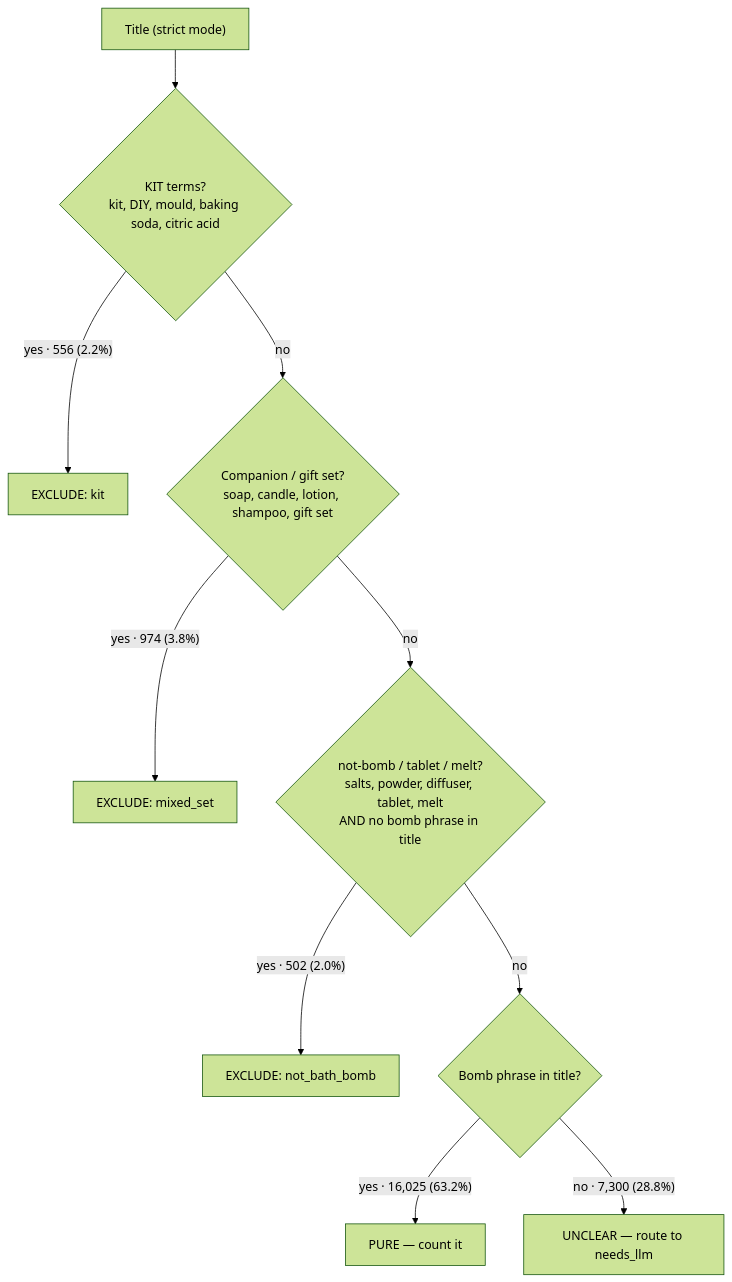
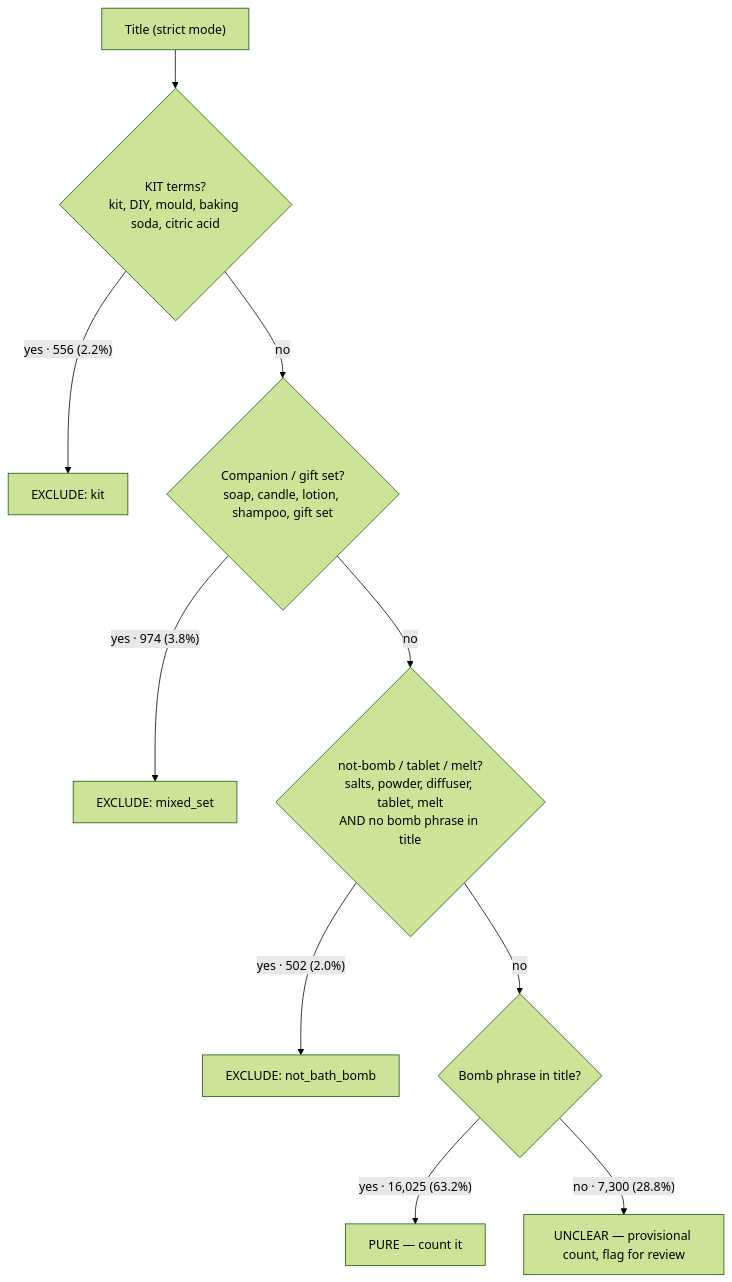
The first of 2 diagrams in README.md (skycosmos/bath-bombs), drawn with Mermaid (forest theme) before and after one commit. The commit also changed other lines of this file and 15 other files, not shown here.

````diff
--- a/README.md
+++ b/README.md
@@ -48,12 +48,12 @@
 ```mermaid
 flowchart TD
   T["Title (strict mode)"] --> K{"KIT terms?<br/>kit, DIY, mould, baking soda, citric acid"}
   K -->|"yes · 556 (2.2%)"| EK["EXCLUDE: kit"]
   K -->|no| MX{"Companion / gift set?<br/>soap, candle, lotion, shampoo, gift set"}
   MX -->|"yes · 974 (3.8%)"| EM["EXCLUDE: mixed_set"]
   MX -->|no| NB{"not-bomb / tablet / melt?<br/>salts, powder, diffuser, tablet, melt<br/>AND no bomb phrase in title"}
   NB -->|"yes · 502 (2.0%)"| ENB["EXCLUDE: not_bath_bomb"]
   NB -->|no| P{"Bomb phrase in title?"}
   P -->|"yes · 16,025 (63.2%)"| PURE["PURE — count it"]
-  P -->|"no · 7,300 (28.8%)"| U["UNCLEAR — route to needs_llm"]
+  P -->|"no · 7,300 (28.8%)"| U["UNCLEAR — provisional count, flag for review"]
 ```
````
